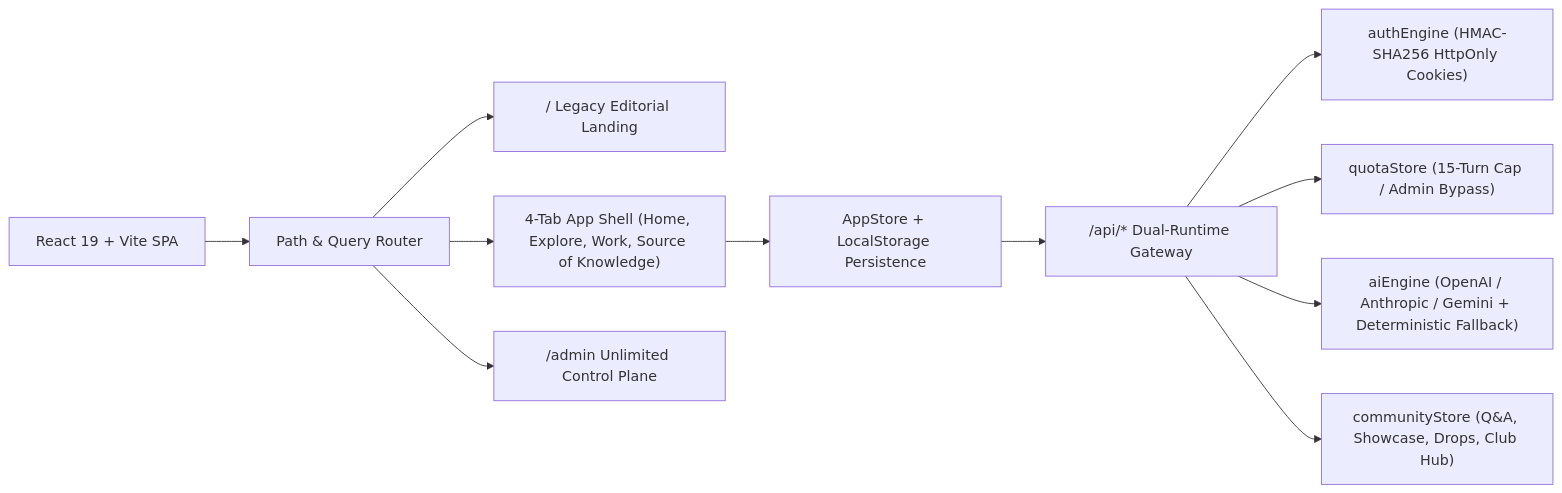
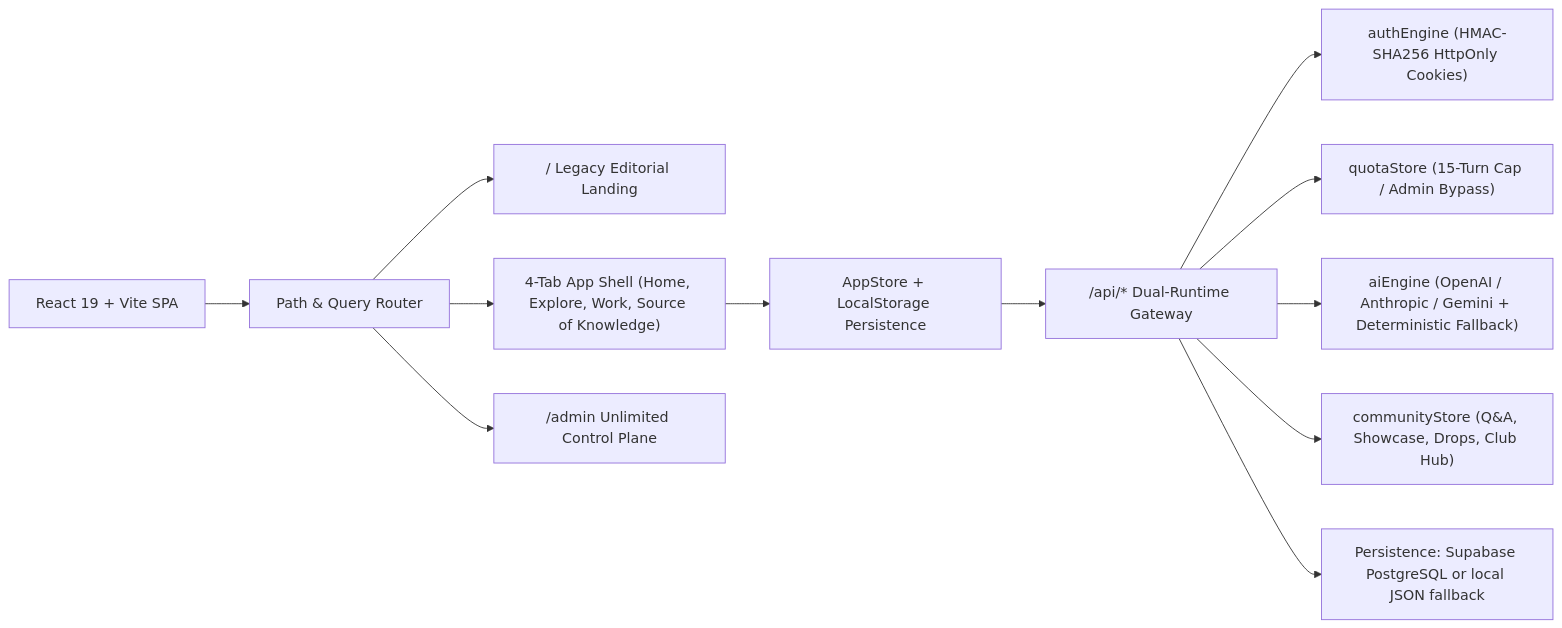
Before and after one commit to broamstuck-cybr/f_forumv3: the diagram in README.md, drawn with Mermaid. The commit also changed other lines of this file and 15 other files, not shown here.

Commit message:
feat: add Supabase persistence and workspace project sync

````diff
--- a/README.md
+++ b/README.md
@@ -7,13 +7,14 @@
 ```mermaid
 flowchart LR
   Client["React 19 + Vite SPA"] --> Router["Path & Query Router"]
   Router --> Landing["/ Legacy Editorial Landing"]
   Router --> AppShell["4-Tab App Shell (Home, Explore, Work, Source of Knowledge)"]
   Router --> Admin["/admin Unlimited Control Plane"]
   AppShell --> Store["AppStore + LocalStorage Persistence"]
   Store --> API["/api/* Dual-Runtime Gateway"]
   API --> Auth["authEngine (HMAC-SHA256 HttpOnly Cookies)"]
   API --> Quota["quotaStore (15-Turn Cap / Admin Bypass)"]
   API --> AIEngine["aiEngine (OpenAI / Anthropic / Gemini + Deterministic Fallback)"]
   API --> Community["communityStore (Q&A, Showcase, Drops, Club Hub)"]
+  API --> Persistence["Persistence: Supabase PostgreSQL or local JSON fallback"]
 ```
````
